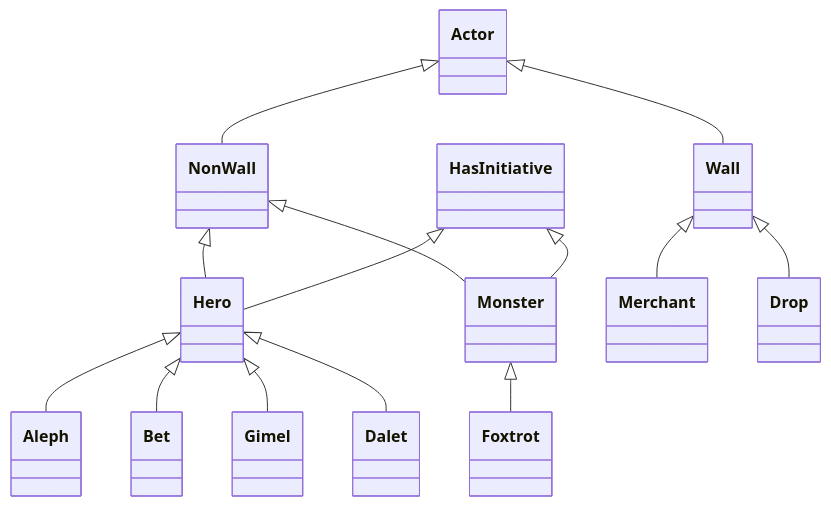
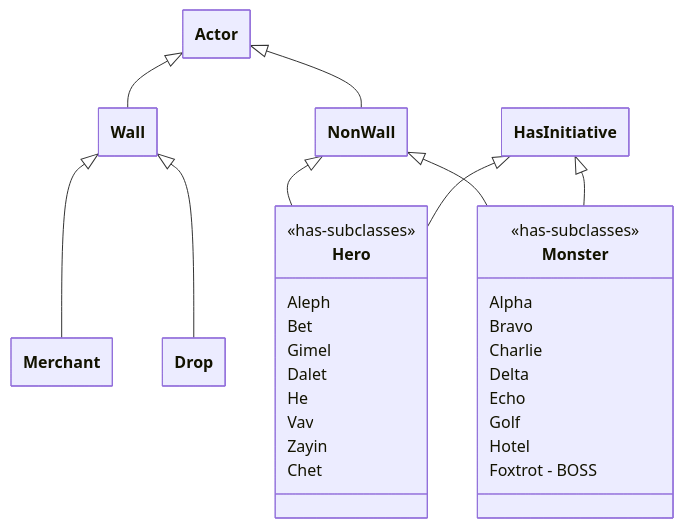
One commit to Clovis-Community-College/rpg-41-pokebowl changed the diagram in README.md. Above: the diagram before and after it, drawn with Mermaid.

````diff
--- a/README.md
+++ b/README.md
@@ -109,16 +108,43 @@
 ```mermaid
+---
+  config:
+    class:
+      hideEmptyMembersBox: true
+---
 classDiagram
+    direction TB
+
     Actor <|-- Wall
     Actor <|-- NonWall
+    Wall <|-- Merchant
+    Wall <|-- Drop
     NonWall <|-- Hero
     NonWall <|-- Monster
-    Wall <|-- Merchant
-    Wall <|-- Drop
-    Hero <|-- Aleph
-    Hero <|-- Bet
-    Hero <|-- Gimel
-    Hero <|-- Dalet
-    Monster <|-- Foxtrot
     HasInitiative <|-- Hero
     HasInitiative <|-- Monster
+
+    class Hero {
+        <<has-subclasses>>
+        Aleph
+        Bet
+        Gimel
+        Dalet
+        He
+        Vav
+        Zayin
+        Chet
+    }
+
+    class Monster {
+        <<has-subclasses>>
+        Alpha
+        Bravo
+        Charlie
+        Delta
+        Echo
+        Golf
+        Hotel
+        Foxtrot - BOSS
+    }
+
 ```
````
